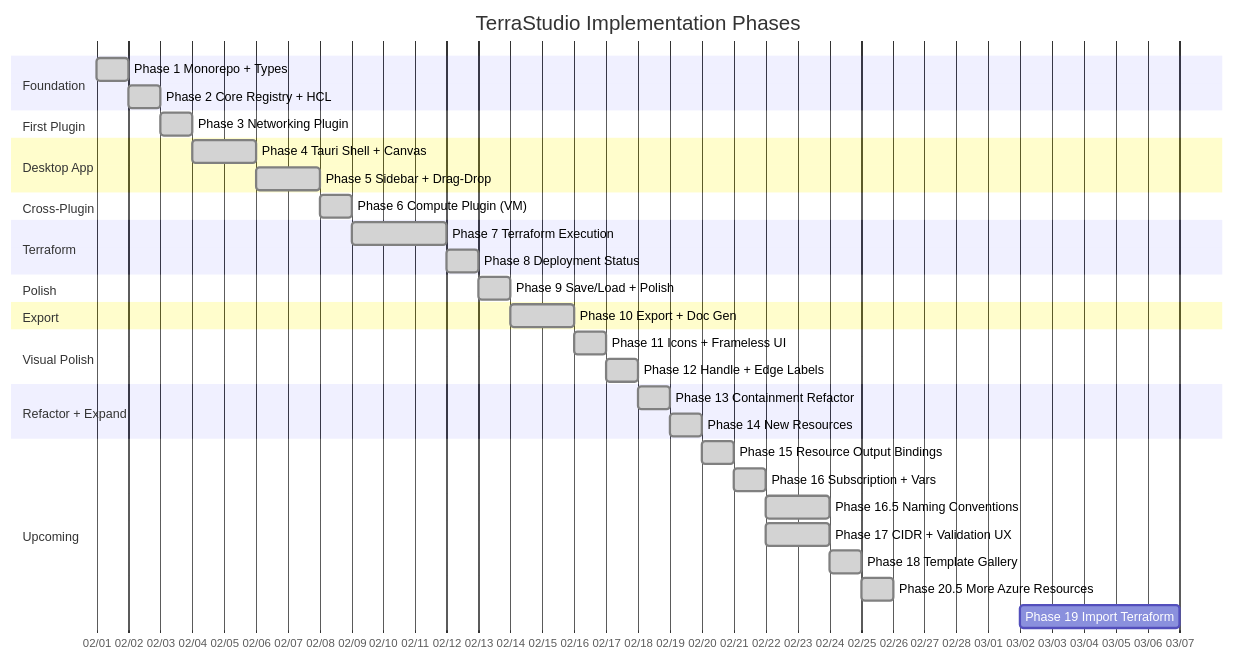
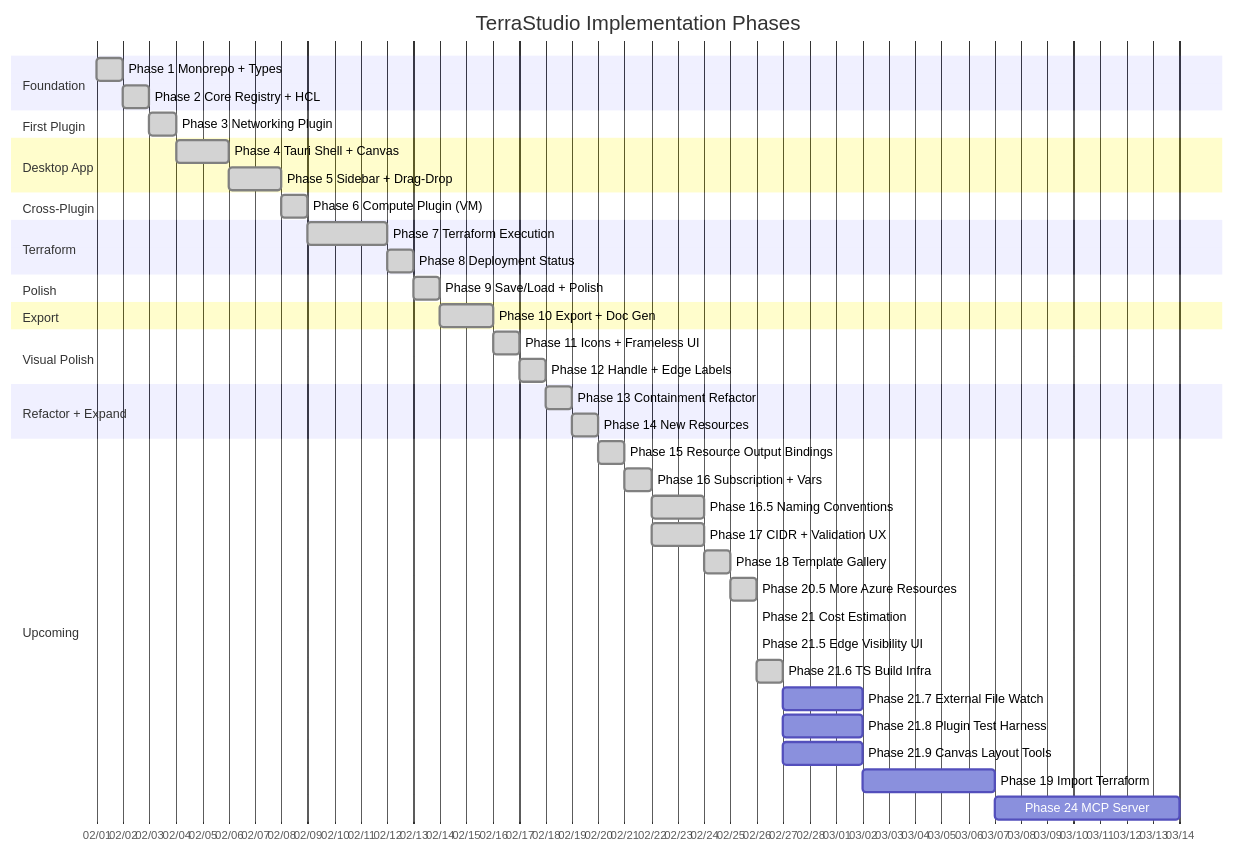
The diagram in docs/implementation-roadmap.md (afroze9/terrastudio), drawn with Mermaid before and after one commit. The commit also changed other lines of this file, not shown here.

First line of the commit message:
docs: update roadmap — add Phase 21.9 Canvas Layout Tools and Phase 24 MCP Server

````diff
--- a/docs/implementation-roadmap.md
+++ b/docs/implementation-roadmap.md
@@ -11,48 +11,55 @@
 ```mermaid
 gantt
     title TerraStudio Implementation Phases
     dateFormat YYYY-MM-DD
     axisFormat %m/%d
     tickInterval 1day
 
     section Foundation
     Phase 1 Monorepo + Types         :done, p1, 2026-02-01, 2026-02-02
     Phase 2 Core Registry + HCL      :done, p2, 2026-02-02, 2026-02-03
 
     section First Plugin
     Phase 3 Networking Plugin         :done, p3, 2026-02-03, 2026-02-04
 
     section Desktop App
     Phase 4 Tauri Shell + Canvas      :done, p4, 2026-02-04, 2026-02-06
     Phase 5 Sidebar + Drag-Drop       :done, p5, 2026-02-06, 2026-02-08
 
     section Cross-Plugin
     Phase 6 Compute Plugin (VM)       :done, p6, 2026-02-08, 2026-02-09
 
     section Terraform
     Phase 7 Terraform Execution       :done, p7, 2026-02-09, 2026-02-12
     Phase 8 Deployment Status         :done, p8, 2026-02-12, 2026-02-13
 
     section Polish
     Phase 9 Save/Load + Polish        :done, p9, 2026-02-13, 2026-02-14
 
     section Export
     Phase 10 Export + Doc Gen         :done, p10, 2026-02-14, 2026-02-16
 
     section Visual Polish
     Phase 11 Icons + Frameless UI     :done, p11, 2026-02-16, 2026-02-17
     Phase 12 Handle + Edge Labels     :done, p12, 2026-02-17, 2026-02-18
 
     section Refactor + Expand
     Phase 13 Containment Refactor     :done, p13, 2026-02-18, 2026-02-19
     Phase 14 New Resources            :done, p14, 2026-02-19, 2026-02-20
 
     section Upcoming
     Phase 15 Resource Output Bindings :done, p15, 2026-02-20, 2026-02-21
     Phase 16 Subscription + Vars      :done, p16, 2026-02-21, 2026-02-22
     Phase 16.5 Naming Conventions     :done, p165, 2026-02-22, 2026-02-24
     Phase 17 CIDR + Validation UX     :done, p17, 2026-02-22, 2026-02-24
     Phase 18 Template Gallery         :done, p18, 2026-02-24, 2026-02-25
     Phase 20.5 More Azure Resources   :done, p205, 2026-02-25, 2026-02-26
+    Phase 21 Cost Estimation          :done, p21, 2026-02-26, 2026-02-26
+    Phase 21.5 Edge Visibility UI     :done, p215, 2026-02-26, 2026-02-26
+    Phase 21.6 TS Build Infra         :done, p216, 2026-02-26, 2026-02-27
+    Phase 21.7 External File Watch    :p217, 2026-02-27, 2026-03-02
+    Phase 21.8 Plugin Test Harness    :p218, 2026-02-27, 2026-03-02
+    Phase 21.9 Canvas Layout Tools    :p219, 2026-02-27, 2026-03-02
     Phase 19 Import Terraform         :p19, 2026-03-02, 2026-03-07
+    Phase 24 MCP Server               :p24, 2026-03-07, 2026-03-14
 ```
````
